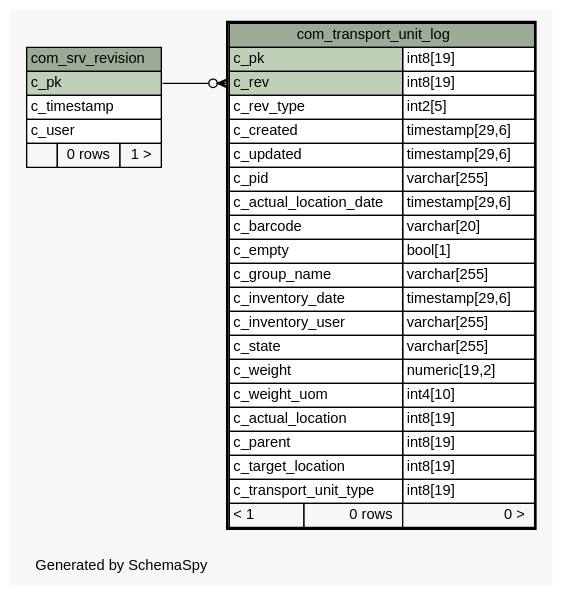
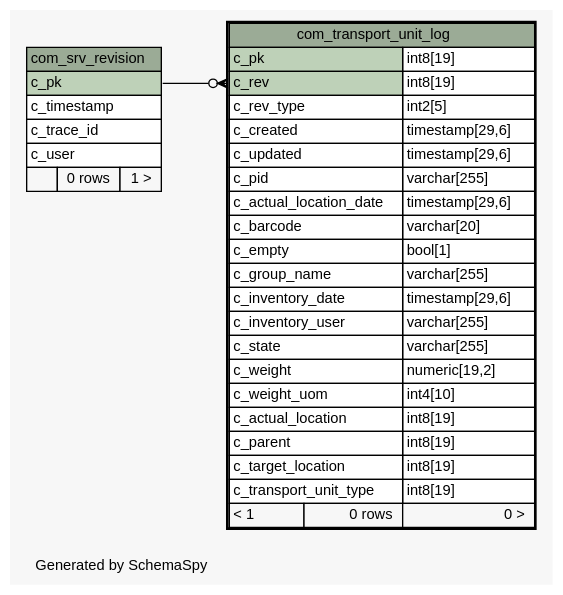
The diagram in 2.0.0-SNAPSHOT/schemaspy/diagrams/com_transport_unit_log.1degree.dot (openwms/org.openwms.common.service.lib), drawn with Graphviz before and after one commit. The commit also changed 484 other files, not shown here.

```diff
--- a/2.0.0-SNAPSHOT/schemaspy/diagrams/com_transport_unit_log.1degree.dot
+++ b/2.0.0-SNAPSHOT/schemaspy/diagrams/com_transport_unit_log.1degree.dot
@@ -1,63 +1,64 @@
 // dot 2.43.0 on Linux 5.11.0-1028-azure
 // SchemaSpy rev Unknown
 digraph "oneDegreeRelationshipsDiagram" {
   graph [
     rankdir="RL"
     bgcolor="#f7f7f7"
     label="\nGenerated by SchemaSpy"
     labeljust="l"
     nodesep="0.18"
     ranksep="0.46"
     fontname="Helvetica"
     fontsize="11"
   ];
   node [
     fontname="Helvetica"
     fontsize="11"
     shape="plaintext"
   ];
   edge [
     arrowsize="0.8"
   ];
   "com_transport_unit_log":"c_rev":w -> "com_srv_revision":"c_pk":e [arrowhead=none dir=back arrowtail=crowodot];
   "com_srv_revision" [
     label=<
     <TABLE BORDER="0" CELLBORDER="1" CELLSPACING="0" BGCOLOR="#ffffff">
       <TR><TD COLSPAN="3" BGCOLOR="#9bab96" ALIGN="CENTER">com_srv_revision</TD></TR>
       <TR><TD PORT="c_pk" COLSPAN="3" BGCOLOR="#bed1b8" ALIGN="LEFT">c_pk</TD></TR>
       <TR><TD PORT="c_timestamp" COLSPAN="3" ALIGN="LEFT">c_timestamp</TD></TR>
+      <TR><TD PORT="c_trace_id" COLSPAN="3" ALIGN="LEFT">c_trace_id</TD></TR>
       <TR><TD PORT="c_user" COLSPAN="3" ALIGN="LEFT">c_user</TD></TR>
       <TR><TD ALIGN="LEFT" BGCOLOR="#f7f7f7">  </TD><TD ALIGN="RIGHT" BGCOLOR="#f7f7f7">0 rows</TD><TD ALIGN="RIGHT" BGCOLOR="#f7f7f7">1 &gt;</TD></TR>
     </TABLE>>
     URL="com_srv_revision.html"
     tooltip="com_srv_revision"
   ];
   "com_transport_unit_log" [
     label=<
     <TABLE BORDER="2" CELLBORDER="1" CELLSPACING="0" BGCOLOR="#ffffff">
       <TR><TD COLSPAN="3" BGCOLOR="#9bab96" ALIGN="CENTER">com_transport_unit_log</TD></TR>
       <TR><TD PORT="c_pk" COLSPAN="2" BGCOLOR="#bed1b8" ALIGN="LEFT">c_pk</TD><TD PORT="c_pk.type" ALIGN="LEFT">int8[19]</TD></TR>
       <TR><TD PORT="c_rev" COLSPAN="2" BGCOLOR="#bed1b8" ALIGN="LEFT">c_rev</TD><TD PORT="c_rev.type" ALIGN="LEFT">int8[19]</TD></TR>
       <TR><TD PORT="c_rev_type" COLSPAN="2" ALIGN="LEFT">c_rev_type</TD><TD PORT="c_rev_type.type" ALIGN="LEFT">int2[5]</TD></TR>
       <TR><TD PORT="c_created" COLSPAN="2" ALIGN="LEFT">c_created</TD><TD PORT="c_created.type" ALIGN="LEFT">timestamp[29,6]</TD></TR>
       <TR><TD PORT="c_updated" COLSPAN="2" ALIGN="LEFT">c_updated</TD><TD PORT="c_updated.type" ALIGN="LEFT">timestamp[29,6]</TD></TR>
       <TR><TD PORT="c_pid" COLSPAN="2" ALIGN="LEFT">c_pid</TD><TD PORT="c_pid.type" ALIGN="LEFT">varchar[255]</TD></TR>
       <TR><TD PORT="c_actual_location_date" COLSPAN="2" ALIGN="LEFT">c_actual_location_date</TD><TD PORT="c_actual_location_date.type" ALIGN="LEFT">timestamp[29,6]</TD></TR>
       <TR><TD PORT="c_barcode" COLSPAN="2" ALIGN="LEFT">c_barcode</TD><TD PORT="c_barcode.type" ALIGN="LEFT">varchar[20]</TD></TR>
       <TR><TD PORT="c_empty" COLSPAN="2" ALIGN="LEFT">c_empty</TD><TD PORT="c_empty.type" ALIGN="LEFT">bool[1]</TD></TR>
       <TR><TD PORT="c_group_name" COLSPAN="2" ALIGN="LEFT">c_group_name</TD><TD PORT="c_group_name.type" ALIGN="LEFT">varchar[255]</TD></TR>
       <TR><TD PORT="c_inventory_date" COLSPAN="2" ALIGN="LEFT">c_inventory_date</TD><TD PORT="c_inventory_date.type" ALIGN="LEFT">timestamp[29,6]</TD></TR>
       <TR><TD PORT="c_inventory_user" COLSPAN="2" ALIGN="LEFT">c_inventory_user</TD><TD PORT="c_inventory_user.type" ALIGN="LEFT">varchar[255]</TD></TR>
       <TR><TD PORT="c_state" COLSPAN="2" ALIGN="LEFT">c_state</TD><TD PORT="c_state.type" ALIGN="LEFT">varchar[255]</TD></TR>
       <TR><TD PORT="c_weight" COLSPAN="2" ALIGN="LEFT">c_weight</TD><TD PORT="c_weight.type" ALIGN="LEFT">numeric[19,2]</TD></TR>
       <TR><TD PORT="c_weight_uom" COLSPAN="2" ALIGN="LEFT">c_weight_uom</TD><TD PORT="c_weight_uom.type" ALIGN="LEFT">int4[10]</TD></TR>
       <TR><TD PORT="c_actual_location" COLSPAN="2" ALIGN="LEFT">c_actual_location</TD><TD PORT="c_actual_location.type" ALIGN="LEFT">int8[19]</TD></TR>
       <TR><TD PORT="c_parent" COLSPAN="2" ALIGN="LEFT">c_parent</TD><TD PORT="c_parent.type" ALIGN="LEFT">int8[19]</TD></TR>
       <TR><TD PORT="c_target_location" COLSPAN="2" ALIGN="LEFT">c_target_location</TD><TD PORT="c_target_location.type" ALIGN="LEFT">int8[19]</TD></TR>
       <TR><TD PORT="c_transport_unit_type" COLSPAN="2" ALIGN="LEFT">c_transport_unit_type</TD><TD PORT="c_transport_unit_type.type" ALIGN="LEFT">int8[19]</TD></TR>
       <TR><TD ALIGN="LEFT" BGCOLOR="#f7f7f7">&lt; 1</TD><TD ALIGN="RIGHT" BGCOLOR="#f7f7f7">0 rows</TD><TD ALIGN="RIGHT" BGCOLOR="#f7f7f7">0 &gt;</TD></TR>
     </TABLE>>
     URL="com_transport_unit_log.html"
     tooltip="com_transport_unit_log"
   ];
 }
```
